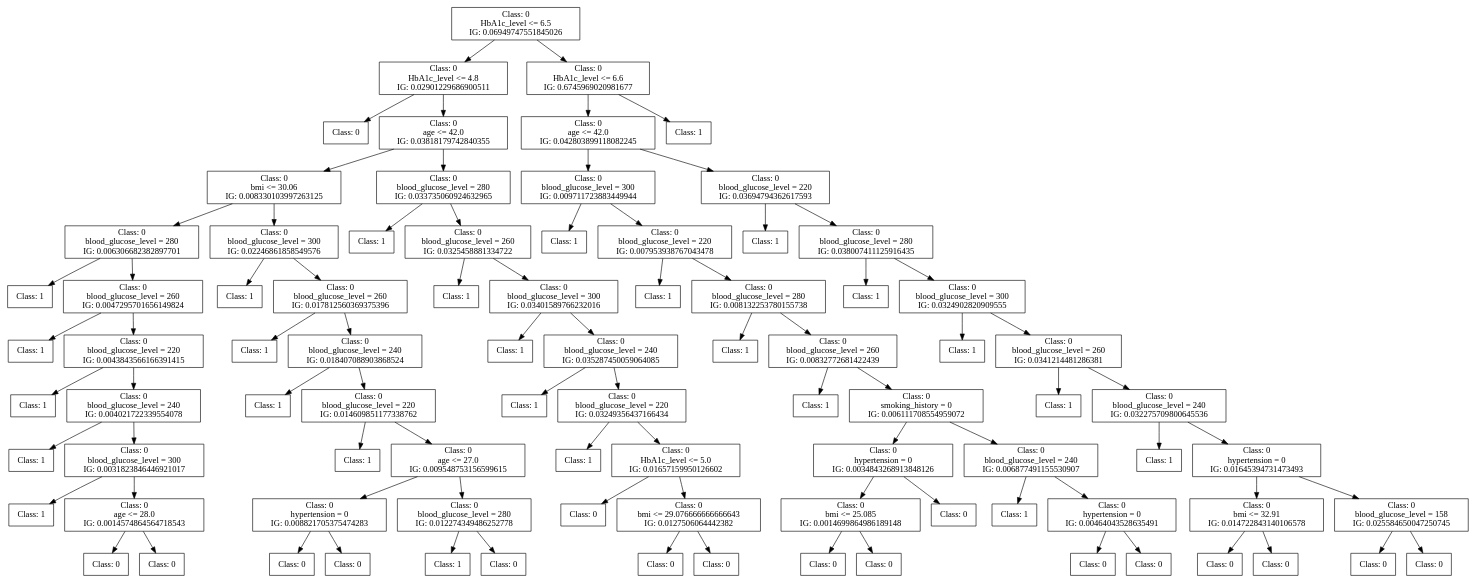
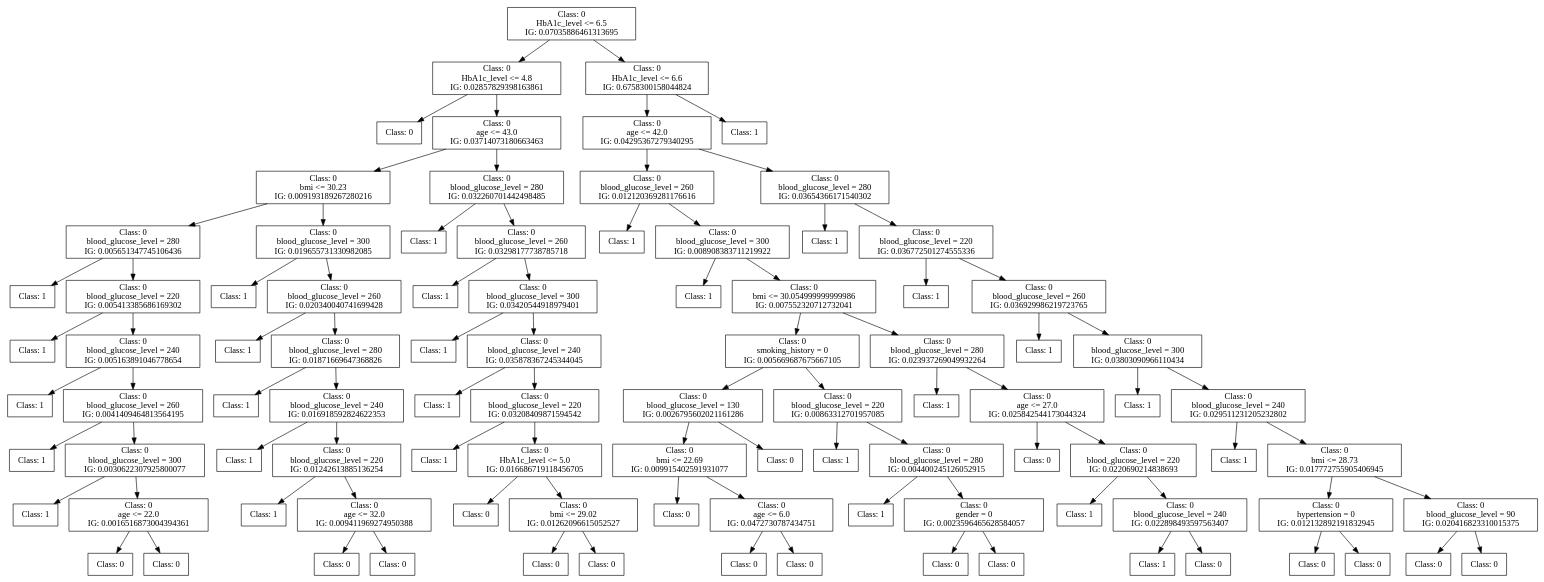
Before and after one commit to FedericoBruzzone/anti-money-laundering: the diagram in dot_figs/tree-custom-diabetes.dot, drawn with Graphviz. The commit also changed 28 other files, not shown here.

```diff
--- a/dot_figs/tree-custom-diabetes.dot
+++ b/dot_figs/tree-custom-diabetes.dot
@@ -1,307 +1,335 @@
 digraph DecisionTree {
 	rankdir=TD;
 	node [shape=box];
-	1472321841728 [label="Class: 0
+	1901844320880 [label="Class: 0
 HbA1c_level <= 6.5
-IG: 0.06949747551845026"];
-	1472331673472 [label="Class: 0
+IG: 0.07035886461313695"];
+	1902432963936 [label="Class: 0
 HbA1c_level <= 4.8
-IG: 0.02901229686900511"];
-	1472321841728 -> 1472331673472;
-	1472331670640 [label="Class: 0
+IG: 0.02857829398163861"];
+	1901844320880 -> 1902432963936;
+	1902402362992 [label="Class: 0
 "];
-	1472331673472 -> 1472331670640;
-	1472331671120 [label="Class: 0
+	1902432963936 -> 1902402362992;
+	1902402363232 [label="Class: 0
+age <= 43.0
+IG: 0.03714073180663463"];
+	1902432963936 -> 1902402363232;
+	1902433187008 [label="Class: 0
+bmi <= 30.23
+IG: 0.009193189267280216"];
+	1902402363232 -> 1902433187008;
+	1902432796000 [label="Class: 0
+blood_glucose_level = 280
+IG: 0.005651347745106436"];
+	1902433187008 -> 1902432796000;
+	1902421598432 [label="Class: 1
+"];
+	1902432796000 -> 1902421598432;
+	1902421597184 [label="Class: 0
+blood_glucose_level = 220
+IG: 0.005413385686169302"];
+	1902432796000 -> 1902421597184;
+	1902422640192 [label="Class: 1
+"];
+	1902421597184 -> 1902422640192;
+	1902422646240 [label="Class: 0
+blood_glucose_level = 240
+IG: 0.005163891046778654"];
+	1902421597184 -> 1902422646240;
+	1902422646144 [label="Class: 1
+"];
+	1902422646240 -> 1902422646144;
+	1902422638896 [label="Class: 0
+blood_glucose_level = 260
+IG: 0.0041409464813564195"];
+	1902422646240 -> 1902422638896;
+	1902422643216 [label="Class: 1
+"];
+	1902422638896 -> 1902422643216;
+	1902422646336 [label="Class: 0
+blood_glucose_level = 300
+IG: 0.0030622307925800077"];
+	1902422638896 -> 1902422646336;
+	1902422641392 [label="Class: 1
+"];
+	1902422646336 -> 1902422641392;
+	1902422646912 [label="Class: 0
+age <= 22.0
+IG: 0.0016516873004394361"];
+	1902422646336 -> 1902422646912;
+	1902422641872 [label="Class: 0
+"];
+	1902422646912 -> 1902422641872;
+	1902422645088 [label="Class: 0
+"];
+	1902422646912 -> 1902422645088;
+	1902432791536 [label="Class: 0
+blood_glucose_level = 300
+IG: 0.019655731330982085"];
+	1902433187008 -> 1902432791536;
+	1902422647056 [label="Class: 1
+"];
+	1902432791536 -> 1902422647056;
+	1902422645856 [label="Class: 0
+blood_glucose_level = 260
+IG: 0.020340040741699428"];
+	1902432791536 -> 1902422645856;
+	1902422646432 [label="Class: 1
+"];
+	1902422645856 -> 1902422646432;
+	1902422647248 [label="Class: 0
+blood_glucose_level = 280
+IG: 0.01871669647368826"];
+	1902422645856 -> 1902422647248;
+	1902422646672 [label="Class: 1
+"];
+	1902422647248 -> 1902422646672;
+	1902422646960 [label="Class: 0
+blood_glucose_level = 240
+IG: 0.016918592824622353"];
+	1902422647248 -> 1902422646960;
+	1902422645472 [label="Class: 1
+"];
+	1902422646960 -> 1902422645472;
+	1902422645328 [label="Class: 0
+blood_glucose_level = 220
+IG: 0.01242613885136254"];
+	1902422646960 -> 1902422645328;
+	1902422646864 [label="Class: 1
+"];
+	1902422645328 -> 1902422646864;
+	1902422647344 [label="Class: 0
+age <= 32.0
+IG: 0.009411969274950388"];
+	1902422645328 -> 1902422647344;
+	1902422648256 [label="Class: 0
+"];
+	1902422647344 -> 1902422648256;
+	1902422647008 [label="Class: 0
+"];
+	1902422647344 -> 1902422647008;
+	1902433180144 [label="Class: 0
+blood_glucose_level = 280
+IG: 0.032260701442498485"];
+	1902402363232 -> 1902433180144;
+	1902422645712 [label="Class: 1
+"];
+	1902433180144 -> 1902422645712;
+	1902422647200 [label="Class: 0
+blood_glucose_level = 260
+IG: 0.03298177738785718"];
+	1902433180144 -> 1902422647200;
+	1902422644752 [label="Class: 1
+"];
+	1902422647200 -> 1902422644752;
+	1902422645760 [label="Class: 0
+blood_glucose_level = 300
+IG: 0.03420544918979401"];
+	1902422647200 -> 1902422645760;
+	1902422644464 [label="Class: 1
+"];
+	1902422645760 -> 1902422644464;
+	1902422644944 [label="Class: 0
+blood_glucose_level = 240
+IG: 0.035878367245344045"];
+	1902422645760 -> 1902422644944;
+	1902422647824 [label="Class: 1
+"];
+	1902422644944 -> 1902422647824;
+	1902422646768 [label="Class: 0
+blood_glucose_level = 220
+IG: 0.03208409871594542"];
+	1902422644944 -> 1902422646768;
+	1902422648592 [label="Class: 1
+"];
+	1902422646768 -> 1902422648592;
+	1902422649120 [label="Class: 0
+HbA1c_level <= 5.0
+IG: 0.016686719118456705"];
+	1902422646768 -> 1902422649120;
+	1902422647488 [label="Class: 0
+"];
+	1902422649120 -> 1902422647488;
+	1902422649024 [label="Class: 0
+bmi <= 29.02
+IG: 0.01262096615052527"];
+	1902422649120 -> 1902422649024;
+	1902422648064 [label="Class: 0
+"];
+	1902422649024 -> 1902422648064;
+	1902422645904 [label="Class: 0
+"];
+	1902422649024 -> 1902422645904;
+	1902432961296 [label="Class: 0
+HbA1c_level <= 6.6
+IG: 0.6758300158044824"];
+	1901844320880 -> 1902432961296;
+	1902422648016 [label="Class: 0
 age <= 42.0
-IG: 0.03818179742840355"];
-	1472331673472 -> 1472331671120;
-	1472331671216 [label="Class: 0
-bmi <= 30.06
-IG: 0.008330103997263125"];
-	1472331671120 -> 1472331671216;
-	1472331665072 [label="Class: 0
+IG: 0.04295367279340295"];
+	1902432961296 -> 1902422648016;
+	1902422649552 [label="Class: 0
+blood_glucose_level = 260
+IG: 0.012120369281176616"];
+	1902422648016 -> 1902422649552;
+	1902422642784 [label="Class: 1
+"];
+	1902422649552 -> 1902422642784;
+	1902422649648 [label="Class: 0
+blood_glucose_level = 300
+IG: 0.008908383711219922"];
+	1902422649552 -> 1902422649648;
+	1902422647152 [label="Class: 1
+"];
+	1902422649648 -> 1902422647152;
+	1902422647728 [label="Class: 0
+bmi <= 30.054999999999986
+IG: 0.007552320712732041"];
+	1902422649648 -> 1902422647728;
+	1902422647104 [label="Class: 0
+smoking_history = 0
+IG: 0.005669687675667105"];
+	1902422647728 -> 1902422647104;
+	1902422650272 [label="Class: 0
+blood_glucose_level = 130
+IG: 0.0026795602021161286"];
+	1902422647104 -> 1902422650272;
+	1902422648496 [label="Class: 0
+bmi <= 22.69
+IG: 0.009915402591931077"];
+	1902422650272 -> 1902422648496;
+	1902422651184 [label="Class: 0
+"];
+	1902422648496 -> 1902422651184;
+	1902422642640 [label="Class: 0
+age <= 6.0
+IG: 0.0472730787434751"];
+	1902422648496 -> 1902422642640;
+	1902422647536 [label="Class: 0
+"];
+	1902422642640 -> 1902422647536;
+	1902422650656 [label="Class: 0
+"];
+	1902422642640 -> 1902422650656;
+	1902422649600 [label="Class: 0
+"];
+	1902422650272 -> 1902422649600;
+	1902422649168 [label="Class: 0
+blood_glucose_level = 220
+IG: 0.00863312701957085"];
+	1902422647104 -> 1902422649168;
+	1902422646000 [label="Class: 1
+"];
+	1902422649168 -> 1902422646000;
+	1902422646576 [label="Class: 0
 blood_glucose_level = 280
-IG: 0.006306682382897701"];
-	1472331671216 -> 1472331665072;
-	1472331670304 [label="Class: 1
+IG: 0.004400245126052915"];
+	1902422649168 -> 1902422646576;
+	1902422650080 [label="Class: 1
 "];
-	1472331665072 -> 1472331670304;
-	1472331675200 [label="Class: 0
+	1902422646576 -> 1902422650080;
+	1902422649216 [label="Class: 0
+gender = 0
+IG: 0.0023596465628584057"];
+	1902422646576 -> 1902422649216;
+	1902422640048 [label="Class: 0
+"];
+	1902422649216 -> 1902422640048;
+	1902422650368 [label="Class: 0
+"];
+	1902422649216 -> 1902422650368;
+	1902422646288 [label="Class: 0
+blood_glucose_level = 280
+IG: 0.023937269049932264"];
+	1902422647728 -> 1902422646288;
+	1902422645616 [label="Class: 1
+"];
+	1902422646288 -> 1902422645616;
+	1902422650848 [label="Class: 0
+age <= 27.0
+IG: 0.025842544173044324"];
+	1902422646288 -> 1902422650848;
+	1902422651088 [label="Class: 0
+"];
+	1902422650848 -> 1902422651088;
+	1902422650608 [label="Class: 0
+blood_glucose_level = 220
+IG: 0.0220690214838693"];
+	1902422650848 -> 1902422650608;
+	1902422648352 [label="Class: 1
+"];
+	1902422650608 -> 1902422648352;
+	1902422652000 [label="Class: 0
+blood_glucose_level = 240
+IG: 0.022898493597563407"];
+	1902422650608 -> 1902422652000;
+	1902422651376 [label="Class: 1
+"];
+	1902422652000 -> 1902422651376;
+	1902422649840 [label="Class: 0
+"];
+	1902422652000 -> 1902422649840;
+	1902422649264 [label="Class: 0
+blood_glucose_level = 280
+IG: 0.03654366171540302"];
+	1902422648016 -> 1902422649264;
+	1902422652528 [label="Class: 1
+"];
+	1902422649264 -> 1902422652528;
+	1902422649744 [label="Class: 0
+blood_glucose_level = 220
+IG: 0.036772501274555336"];
+	1902422649264 -> 1902422649744;
+	1902422647392 [label="Class: 1
+"];
+	1902422649744 -> 1902422647392;
+	1902422652240 [label="Class: 0
 blood_glucose_level = 260
-IG: 0.0047295701656149824"];
-	1472331665072 -> 1472331675200;
-	1472331675008 [label="Class: 1
+IG: 0.036929986219723765"];
+	1902422649744 -> 1902422652240;
+	1902422649312 [label="Class: 1
 "];
-	1472331675200 -> 1472331675008;
-	1472331675920 [label="Class: 0
-blood_glucose_level = 220
-IG: 0.0043843566166391415"];
-	1472331675200 -> 1472331675920;
-	1472331675872 [label="Class: 1
+	1902422652240 -> 1902422649312;
+	1902422653200 [label="Class: 0
+blood_glucose_level = 300
+IG: 0.03803090966110434"];
+	1902422652240 -> 1902422653200;
+	1902422653152 [label="Class: 1
 "];
-	1472331675920 -> 1472331675872;
-	1472331676880 [label="Class: 0
+	1902422653200 -> 1902422653152;
+	1902422638656 [label="Class: 0
 blood_glucose_level = 240
-IG: 0.004021722339554078"];
-	1472331675920 -> 1472331676880;
-	1472331676784 [label="Class: 1
+IG: 0.029511231205232802"];
+	1902422653200 -> 1902422638656;
+	1902422646720 [label="Class: 1
 "];
-	1472331676880 -> 1472331676784;
-	1472331671168 [label="Class: 0
-blood_glucose_level = 300
-IG: 0.0031823846446921017"];
-	1472331676880 -> 1472331671168;
-	1472331671264 [label="Class: 1
+	1902422638656 -> 1902422646720;
+	1902422650224 [label="Class: 0
+bmi <= 28.73
+IG: 0.017772755905406945"];
+	1902422638656 -> 1902422650224;
+	1902422647872 [label="Class: 0
+hypertension = 0
+IG: 0.012132892191832945"];
+	1902422650224 -> 1902422647872;
+	1902422644896 [label="Class: 0
 "];
-	1472331671168 -> 1472331671264;
-	1472331670928 [label="Class: 0
-age <= 28.0
-IG: 0.0014574864564718543"];
-	1472331671168 -> 1472331670928;
-	1472331668048 [label="Class: 0
+	1902422647872 -> 1902422644896;
+	1902422652048 [label="Class: 0
 "];
-	1472331670928 -> 1472331668048;
-	1472331677552 [label="Class: 0
+	1902422647872 -> 1902422652048;
+	1902422653776 [label="Class: 0
+blood_glucose_level = 90
+IG: 0.020416823310015375"];
+	1902422650224 -> 1902422653776;
+	1902422653392 [label="Class: 0
 "];
-	1472331670928 -> 1472331677552;
-	1472331674720 [label="Class: 0
-blood_glucose_level = 300
-IG: 0.02246861858549576"];
-	1472331671216 -> 1472331674720;
-	1472331670544 [label="Class: 1
+	1902422653776 -> 1902422653392;
+	1902422651664 [label="Class: 0
 "];
-	1472331674720 -> 1472331670544;
-	1472331677216 [label="Class: 0
-blood_glucose_level = 260
-IG: 0.017812560369375396"];
-	1472331674720 -> 1472331677216;
-	1472331677408 [label="Class: 1
+	1902422653776 -> 1902422651664;
+	1902422642064 [label="Class: 1
 "];
-	1472331677216 -> 1472331677408;
-	1472331671456 [label="Class: 0
-blood_glucose_level = 240
-IG: 0.018407088903868524"];
-	1472331677216 -> 1472331671456;
-	1472331676352 [label="Class: 1
-"];
-	1472331671456 -> 1472331676352;
-	1472331664256 [label="Class: 0
-blood_glucose_level = 220
-IG: 0.014609851177338762"];
-	1472331671456 -> 1472331664256;
-	1472331674864 [label="Class: 1
-"];
-	1472331664256 -> 1472331674864;
-	1472331670448 [label="Class: 0
-age <= 27.0
-IG: 0.009548753156599615"];
-	1472331664256 -> 1472331670448;
-	1472331668096 [label="Class: 0
-hypertension = 0
-IG: 0.008821705375474283"];
-	1472331670448 -> 1472331668096;
-	1472331677648 [label="Class: 0
-"];
-	1472331668096 -> 1472331677648;
-	1472331665696 [label="Class: 0
-"];
-	1472331668096 -> 1472331665696;
-	1472331673568 [label="Class: 0
-blood_glucose_level = 280
-IG: 0.012274349486252778"];
-	1472331670448 -> 1472331673568;
-	1472331676688 [label="Class: 1
-"];
-	1472331673568 -> 1472331676688;
-	1472331675824 [label="Class: 0
-"];
-	1472331673568 -> 1472331675824;
-	1472331674912 [label="Class: 0
-blood_glucose_level = 280
-IG: 0.033735060924632965"];
-	1472331671120 -> 1472331674912;
-	1472331668288 [label="Class: 1
-"];
-	1472331674912 -> 1472331668288;
-	1472331676496 [label="Class: 0
-blood_glucose_level = 260
-IG: 0.0325458881334722"];
-	1472331674912 -> 1472331676496;
-	1472331677024 [label="Class: 1
-"];
-	1472331676496 -> 1472331677024;
-	1472331676448 [label="Class: 0
-blood_glucose_level = 300
-IG: 0.03401589766232016"];
-	1472331676496 -> 1472331676448;
-	1472437487120 [label="Class: 1
-"];
-	1472331676448 -> 1472437487120;
-	1472437486112 [label="Class: 0
-blood_glucose_level = 240
-IG: 0.035287450059064085"];
-	1472331676448 -> 1472437486112;
-	1472437487024 [label="Class: 1
-"];
-	1472437486112 -> 1472437487024;
-	1472437486016 [label="Class: 0
-blood_glucose_level = 220
-IG: 0.03249356437166434"];
-	1472437486112 -> 1472437486016;
-	1472437486352 [label="Class: 1
-"];
-	1472437486016 -> 1472437486352;
-	1472437485920 [label="Class: 0
-HbA1c_level <= 5.0
-IG: 0.01657159950126602"];
-	1472437486016 -> 1472437485920;
-	1472437486304 [label="Class: 0
-"];
-	1472437485920 -> 1472437486304;
-	1472437487600 [label="Class: 0
-bmi <= 29.076666666666643
-IG: 0.0127506064442382"];
-	1472437485920 -> 1472437487600;
-	1472437486208 [label="Class: 0
-"];
-	1472437487600 -> 1472437486208;
-	1472437486400 [label="Class: 0
-"];
-	1472437487600 -> 1472437486400;
-	1472331673424 [label="Class: 0
-HbA1c_level <= 6.6
-IG: 0.6745969020981677"];
-	1472321841728 -> 1472331673424;
-	1472437487504 [label="Class: 0
-age <= 42.0
-IG: 0.042803899118082245"];
-	1472331673424 -> 1472437487504;
-	1472437488608 [label="Class: 0
-blood_glucose_level = 300
-IG: 0.009711723883449944"];
-	1472437487504 -> 1472437488608;
-	1472437485680 [label="Class: 1
-"];
-	1472437488608 -> 1472437485680;
-	1472437485824 [label="Class: 0
-blood_glucose_level = 220
-IG: 0.007953938767043478"];
-	1472437488608 -> 1472437485824;
-	1472437487216 [label="Class: 1
-"];
-	1472437485824 -> 1472437487216;
-	1472437488848 [label="Class: 0
-blood_glucose_level = 280
-IG: 0.008132253780155738"];
-	1472437485824 -> 1472437488848;
-	1472437488944 [label="Class: 1
-"];
-	1472437488848 -> 1472437488944;
-	1472437486448 [label="Class: 0
-blood_glucose_level = 260
-IG: 0.00832772681422439"];
-	1472437488848 -> 1472437486448;
-	1472437486784 [label="Class: 1
-"];
-	1472437486448 -> 1472437486784;
-	1472437487744 [label="Class: 0
-smoking_history = 0
-IG: 0.006111708554959072"];
-	1472437486448 -> 1472437487744;
-	1472437488224 [label="Class: 0
-hypertension = 0
-IG: 0.0034843268913848126"];
-	1472437487744 -> 1472437488224;
-	1472437489136 [label="Class: 0
-bmi <= 25.085
-IG: 0.0014699864986189148"];
-	1472437488224 -> 1472437489136;
-	1472437489376 [label="Class: 0
-"];
-	1472437489136 -> 1472437489376;
-	1472437487264 [label="Class: 0
-"];
-	1472437489136 -> 1472437487264;
-	1472437488656 [label="Class: 0
-"];
-	1472437488224 -> 1472437488656;
-	1472437485872 [label="Class: 0
-blood_glucose_level = 240
-IG: 0.006877491155530907"];
-	1472437487744 -> 1472437485872;
-	1472437487840 [label="Class: 1
-"];
-	1472437485872 -> 1472437487840;
-	1472437486928 [label="Class: 0
-hypertension = 0
-IG: 0.00464043528635491"];
-	1472437485872 -> 1472437486928;
-	1472437489616 [label="Class: 0
-"];
-	1472437486928 -> 1472437489616;
-	1472437487696 [label="Class: 0
-"];
-	1472437486928 -> 1472437487696;
-	1472437487360 [label="Class: 0
-blood_glucose_level = 220
-IG: 0.03694794362617593"];
-	1472437487504 -> 1472437487360;
-	1472437488320 [label="Class: 1
-"];
-	1472437487360 -> 1472437488320;
-	1472437486160 [label="Class: 0
-blood_glucose_level = 280
-IG: 0.038007411125916435"];
-	1472437487360 -> 1472437486160;
-	1472437485632 [label="Class: 1
-"];
-	1472437486160 -> 1472437485632;
-	1472437488080 [label="Class: 0
-blood_glucose_level = 300
-IG: 0.0324902820909555"];
-	1472437486160 -> 1472437488080;
-	1472437488272 [label="Class: 1
-"];
-	1472437488080 -> 1472437488272;
-	1472437487312 [label="Class: 0
-blood_glucose_level = 260
-IG: 0.0341214481286381"];
-	1472437488080 -> 1472437487312;
-	1472437490816 [label="Class: 1
-"];
-	1472437487312 -> 1472437490816;
-	1472437489040 [label="Class: 0
-blood_glucose_level = 240
-IG: 0.032275709800645536"];
-	1472437487312 -> 1472437489040;
-	1472437486496 [label="Class: 1
-"];
-	1472437489040 -> 1472437486496;
-	1472437488368 [label="Class: 0
-hypertension = 0
-IG: 0.01645394731473493"];
-	1472437489040 -> 1472437488368;
-	1472437490432 [label="Class: 0
-bmi <= 32.91
-IG: 0.014722843140106578"];
-	1472437488368 -> 1472437490432;
-	1472437486736 [label="Class: 0
-"];
-	1472437490432 -> 1472437486736;
-	1472437491392 [label="Class: 0
-"];
-	1472437490432 -> 1472437491392;
-	1472437490576 [label="Class: 0
-blood_glucose_level = 158
-IG: 0.025584650047250745"];
-	1472437488368 -> 1472437490576;
-	1472437490480 [label="Class: 0
-"];
-	1472437490576 -> 1472437490480;
-	1472437491680 [label="Class: 0
-"];
-	1472437490576 -> 1472437491680;
-	1472437488176 [label="Class: 1
-"];
-	1472331673424 -> 1472437488176;
+	1902432961296 -> 1902422642064;
 }
```
